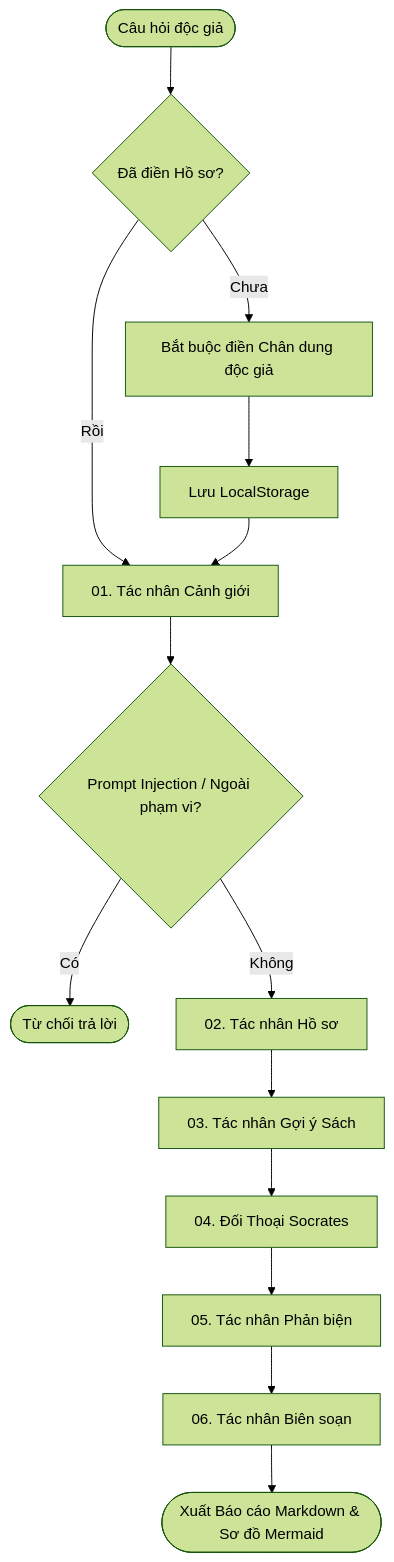
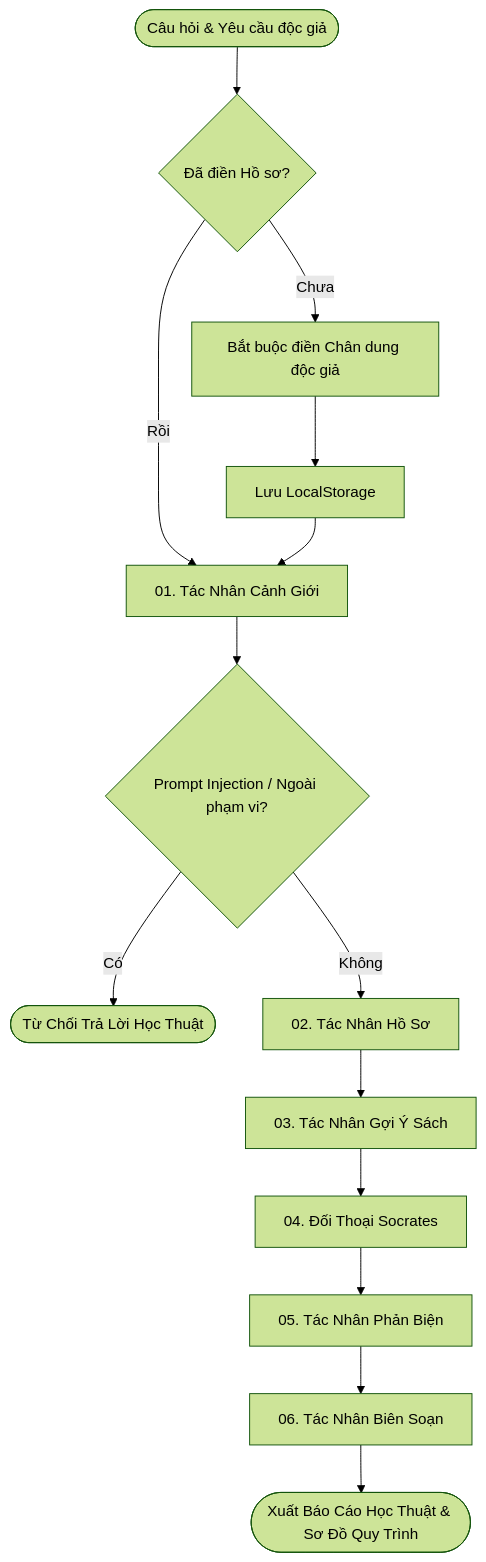
The diagram in README.md (ntd25022006q/bookmind-socratic-agent), drawn with Mermaid (forest theme) before and after one commit. The commit also changed other lines of this file, not shown here.

First line of the commit message:
docs: overhaul README.md with professional multi-agent architecture, dynamic LLM engine guide, developer setup instructions, and zero sensitive data

````diff
--- a/README.md
+++ b/README.md
@@ -16,18 +34,18 @@
 ```mermaid
 flowchart TD
-    Input(["Câu hỏi độc giả"]) --> FormCheck{"Đã điền Hồ sơ?"}
+    Input(["Câu hỏi & Yêu cầu độc giả"]) --> FormCheck{"Đã điền Hồ sơ?"}
     FormCheck -- "Chưa" --> ShowForm["Bắt buộc điền Chân dung độc giả"]
     ShowForm --> SaveProfile["Lưu LocalStorage"]
-    FormCheck -- "Rồi" --> Guardrail["01. Tác nhân Cảnh giới"]
+    FormCheck -- "Rồi" --> Guardrail["01. Tác Nhân Cảnh Giới"]
     SaveProfile --> Guardrail
     
     Guardrail --> InjectionCheck{"Prompt Injection / Ngoài phạm vi?"}
-    InjectionCheck -- "Có" --> RejectEnd(["Từ chối trả lời"])
-    InjectionCheck -- "Không" --> Profiler["02. Tác nhân Hồ sơ"]
+    InjectionCheck -- "Có" --> RejectEnd(["Từ Chối Trả Lời Học Thuật"])
+    InjectionCheck -- "Không" --> Profiler["02. Tác Nhân Hồ Sơ"]
     
-    Profiler --> Recommender["03. Tác nhân Gợi ý Sách"]
+    Profiler --> Recommender["03. Tác Nhân Gợi Ý Sách"]
     Recommender --> Questioner["04. Đối Thoại Socrates"]
-    Questioner --> Critic["05. Tác nhân Phản biện"]
-    Critic --> Reporter["06. Tác nhân Biên soạn"]
-    Reporter --> ReportEnd(["Xuất Báo cáo Markdown & Sơ đồ Mermaid"])
+    Questioner --> Critic["05. Tác Nhân Phản Biện"]
+    Critic --> Reporter["06. Tác Nhân Biên Soạn"]
+    Reporter --> ReportEnd(["Xuất Báo Cáo Học Thuật & Sơ Đồ Quy Trình"])
 ```
````
